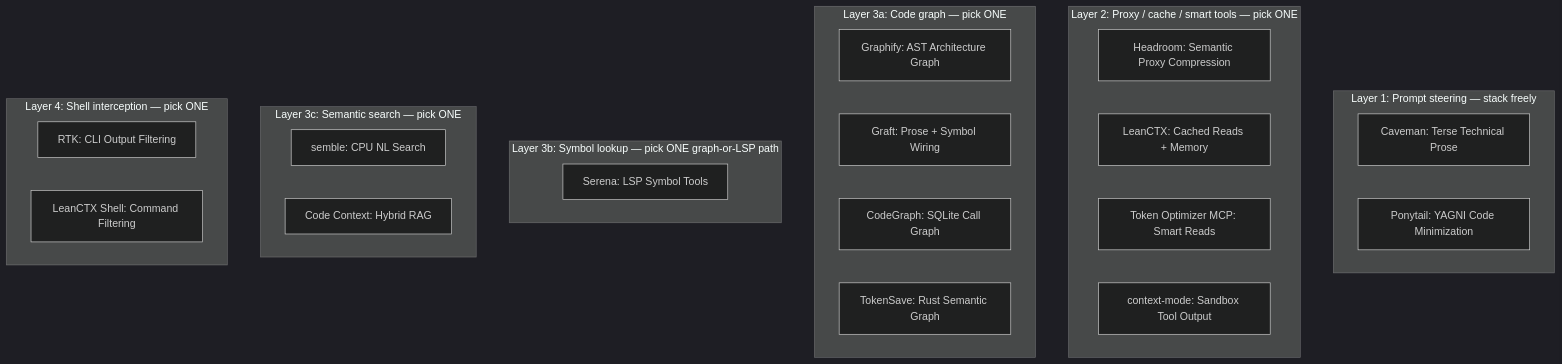
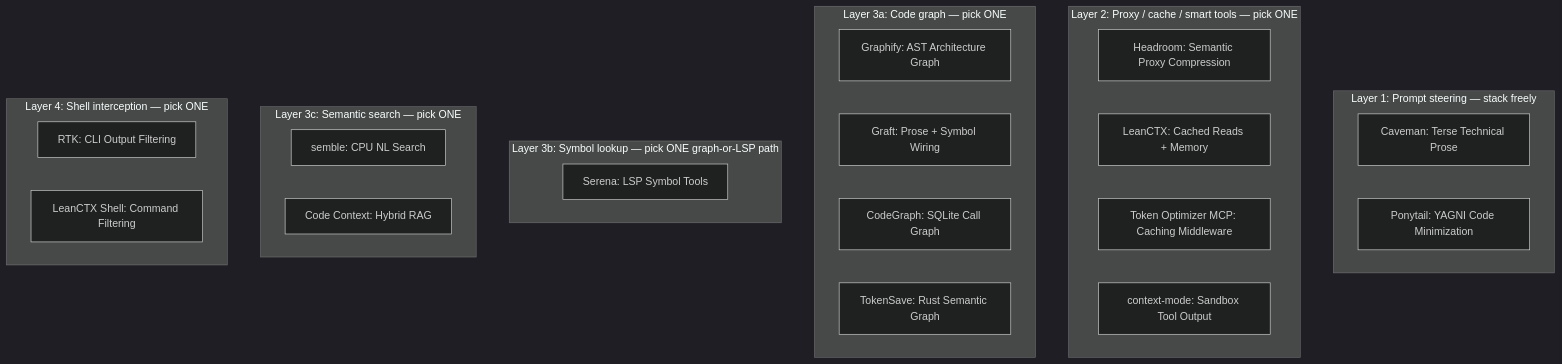
Before and after one commit to sagarnikam123/sagarnikam123.github.io: the diagram in _drafts/reduce-ai-token-usage-part2-tools.md, drawn with Mermaid (dark theme). The commit also changed other lines of this file, not shown here.

````diff
--- a/_drafts/reduce-ai-token-usage-part2-tools.md
+++ b/_drafts/reduce-ai-token-usage-part2-tools.md
@@ -42,36 +42,35 @@
 ```mermaid
 graph TD
     subgraph "Layer 1: Prompt steering — stack freely"
         CAVE[Caveman: Terse Technical Prose]
         PONY[Ponytail: YAGNI Code Minimization]
     end
 
     subgraph "Layer 2: Proxy / cache / smart tools — pick ONE"
         HEADROOM[Headroom: Semantic Proxy Compression]
         LCTX_P[LeanCTX: Cached Reads + Memory]
-        TOMCP[Token Optimizer MCP: Smart Reads]
+        TOMCP[Token Optimizer MCP: Caching Middleware]
         CMODE[context-mode: Sandbox Tool Output]
     end
 
     subgraph "Layer 3a: Code graph — pick ONE"
         GRAPH[Graphify: AST Architecture Graph]
         GRAFT[Graft: Prose + Symbol Wiring]
         CGRAPH[CodeGraph: SQLite Call Graph]
         TSAVE[TokenSave: Rust Semantic Graph]
     end
 
     subgraph "Layer 3b: Symbol lookup — pick ONE graph-or-LSP path"
         SERENA[Serena: LSP Symbol Tools]
     end
 
     subgraph "Layer 3c: Semantic search — pick ONE"
         SEMBLE[semble: CPU NL Search]
         CCONTEXT[Code Context: Hybrid RAG]
     end
 
     subgraph "Layer 4: Shell interception — pick ONE"
         RTK[RTK: CLI Output Filtering]
         LCTX_S[LeanCTX Shell: Command Filtering]
     end
-
 ```
````
